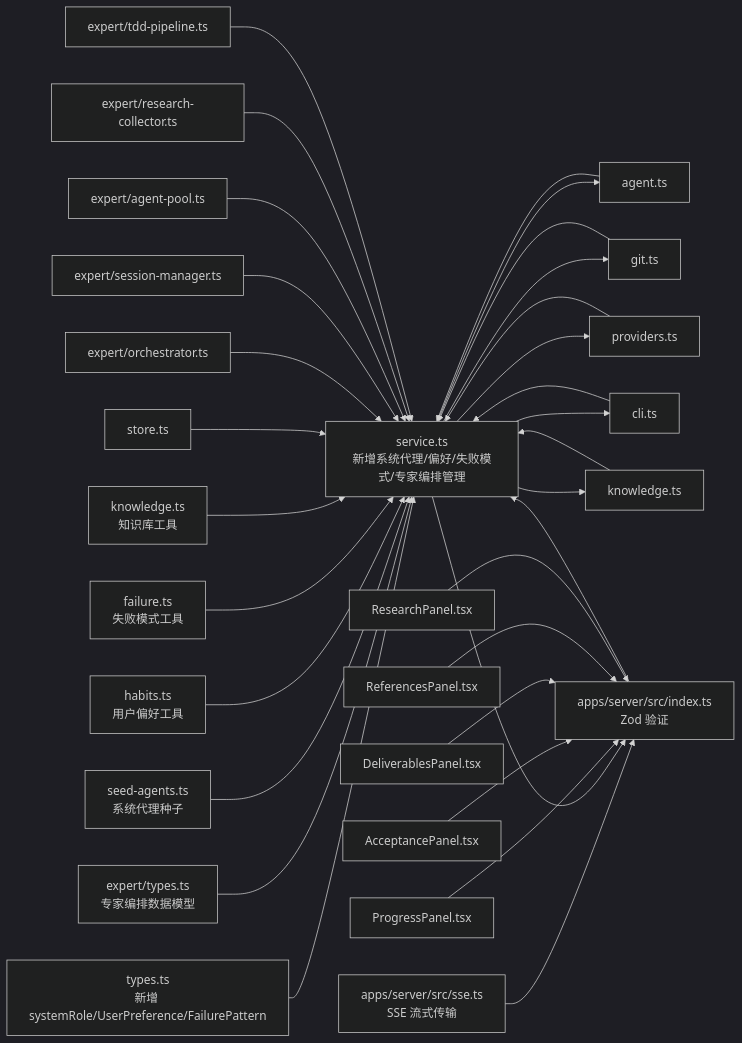
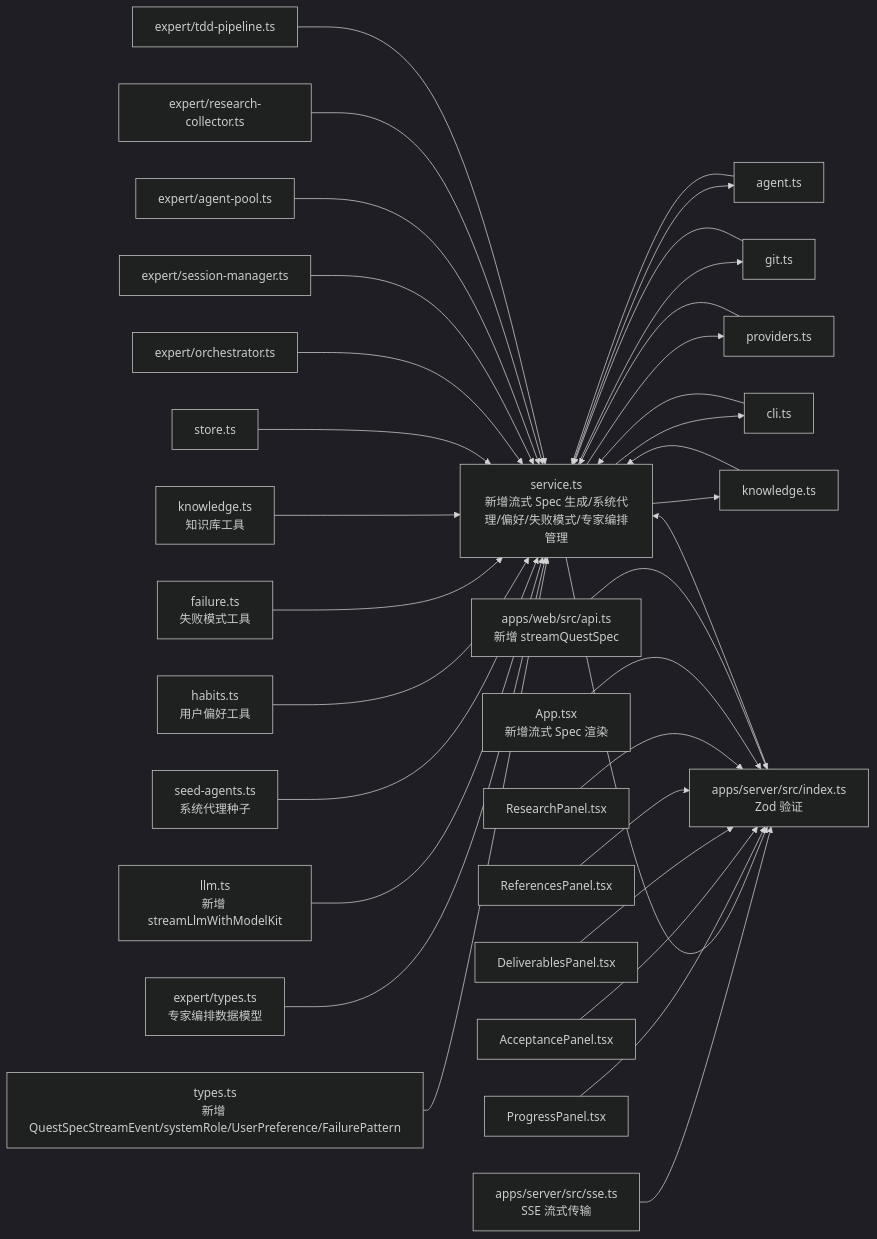
One commit to coconilu/RepoHelm changed the eighth of 8 diagrams in .qoder/repowiki/zh/content/数据模型和类型系统/数据模型和类型系统.md. Above: the diagram before and after it, drawn with Mermaid (dark theme). The commit also changed other lines of this file and 7 other files, not shown here.

````diff
--- a/.qoder/repowiki/zh/content/数据模型和类型系统/数据模型和类型系统.md
+++ b/.qoder/repowiki/zh/content/数据模型和类型系统/数据模型和类型系统.md
@@ -1340,33 +1554,36 @@
 ```mermaid
 graph LR
-Types["types.ts<br/>新增 systemRole/UserPreference/FailurePattern"] --> Service["service.ts<br/>新增系统代理/偏好/失败模式/专家编排管理"]
+Types["types.ts<br/>新增 QuestSpecStreamEvent/systemRole/UserPreference/FailurePattern"] --> Service["service.ts<br/>新增流式 Spec 生成/系统代理/偏好/失败模式/专家编排管理"]
 ExpertTypes["expert/types.ts<br/>专家编排数据模型"] --> Service
+LLM["llm.ts<br/>新增 streamLlmWithModelKit"] --> Service
 Service --> Agent["agent.ts"]
 Service --> Git["git.ts"]
 Service --> Providers["providers.ts"]
 Service --> CLI["cli.ts"]
 Service --> Knowledge["knowledge.ts"]
 SeedAgents["seed-agents.ts<br/>系统代理种子"] --> Service
 Habits["habits.ts<br/>用户偏好工具"] --> Service
 Failure["failure.ts<br/>失败模式工具"] --> Service
 KnowledgeTools["knowledge.ts<br/>知识库工具"] --> Service
 Store["store.ts"] --> Service
 Providers --> Service
 CLI --> Service
 Git --> Service
 Agent --> Service
 Knowledge --> Service
 API["apps/server/src/index.ts<br/>Zod 验证"] --> Service
 SSE["apps/server/src/sse.ts<br/>SSE 流式传输"] --> API
 Service --> API
 ExpertOrchestrator["expert/orchestrator.ts"] --> Service
 ExpertSessionManager["expert/session-manager.ts"] --> Service
 ExpertAgentPool["expert/agent-pool.ts"] --> Service
 ExpertResearch["expert/research-collector.ts"] --> Service
 ExpertTDD["expert/tdd-pipeline.ts"] --> Service
 UI1["ProgressPanel.tsx"] --> API
 UI2["AcceptancePanel.tsx"] --> API
 UI3["DeliverablesPanel.tsx"] --> API
 UI4["ReferencesPanel.tsx"] --> API
 UI5["ResearchPanel.tsx"] --> API
+UI6["App.tsx<br/>新增流式 Spec 渲染"] --> API
+WebAPI["apps/web/src/api.ts<br/>新增 streamQuestSpec"] --> API
 ```
````
